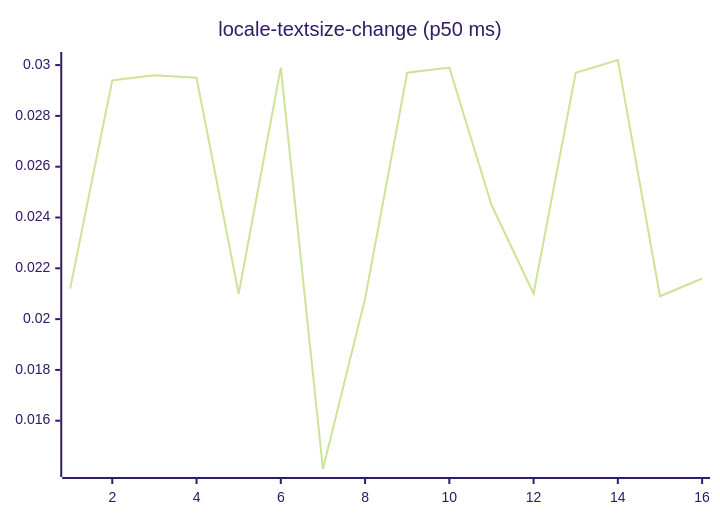
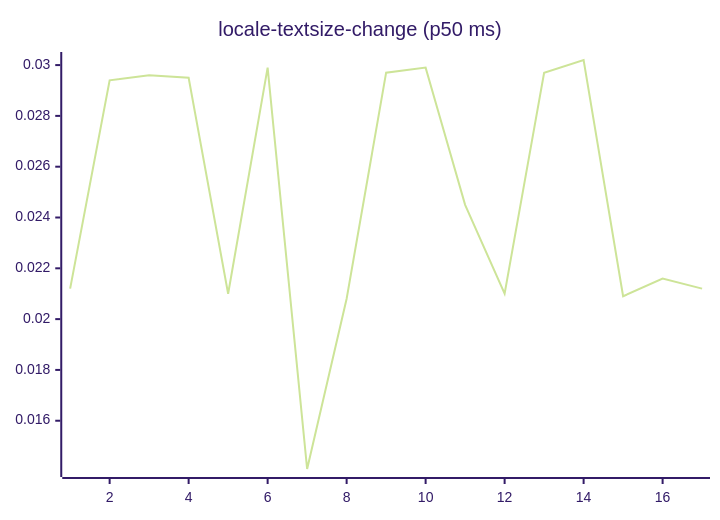
One commit to josha/Facet changed diagram 13 of 27 in README.md. Above: the diagram before and after it, drawn with Mermaid (forest theme). The commit also changed other lines of this file and 2 other files, not shown here.

````diff
--- a/README.md
+++ b/README.md
@@ -147,6 +147,6 @@
 ```mermaid
 xychart-beta
     title "locale-textsize-change (p50 ms)"
-    x-axis 1 --> 16
-    line [0.0212, 0.0294, 0.0296, 0.0295, 0.0210, 0.0299, 0.0141, 0.0208, 0.0297, 0.0299, 0.0245, 0.0210, 0.0297, 0.0302, 0.0209, 0.0216]
+    x-axis 1 --> 17
+    line [0.0212, 0.0294, 0.0296, 0.0295, 0.0210, 0.0299, 0.0141, 0.0208, 0.0297, 0.0299, 0.0245, 0.0210, 0.0297, 0.0302, 0.0209, 0.0216, 0.0212]
 ```
````
